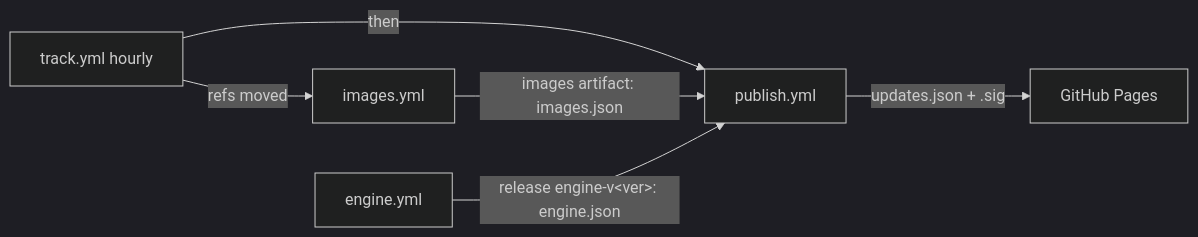
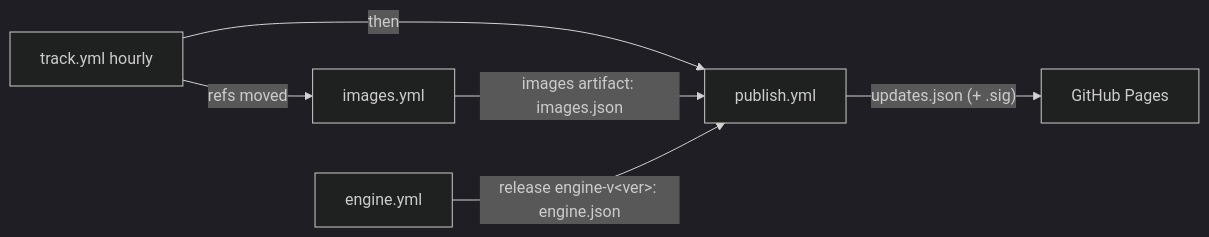
The diagram in docs/ci-publishing.md (praffq/care_clinic), drawn with Mermaid (dark theme) before and after one commit. The commit also changed other lines of this file and 24 other files, not shown here.

````diff
--- a/docs/ci-publishing.md
+++ b/docs/ci-publishing.md
@@ -11,8 +12,8 @@
 ```mermaid
 flowchart LR
   track[track.yml hourly] -->|refs moved| images
   track -->|then| publish
   images[images.yml] -->|"images" artifact: images.json| publish[publish.yml]
   engine[engine.yml] -->|"release engine-v&lt;ver&gt;: engine.json"| publish
-  publish -->|updates.json + .sig| pages[GitHub Pages]
+  publish -->|"updates.json (+ .sig)"| pages[GitHub Pages]
 ```
````
